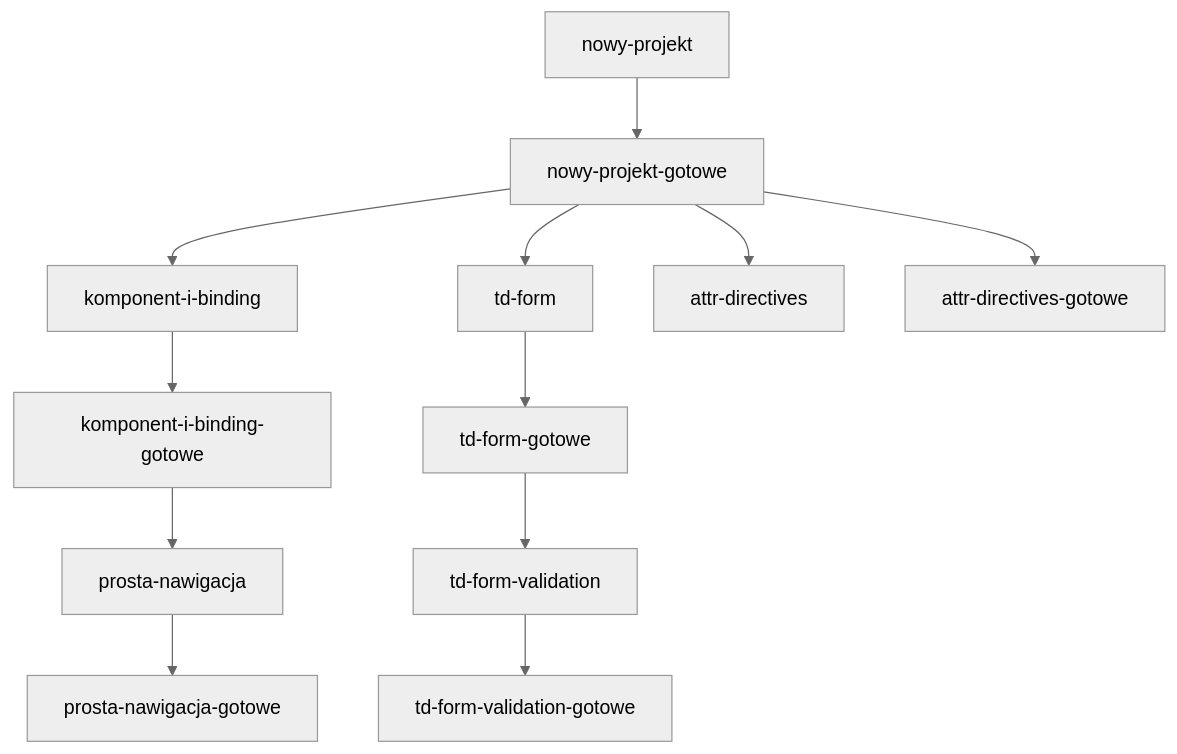
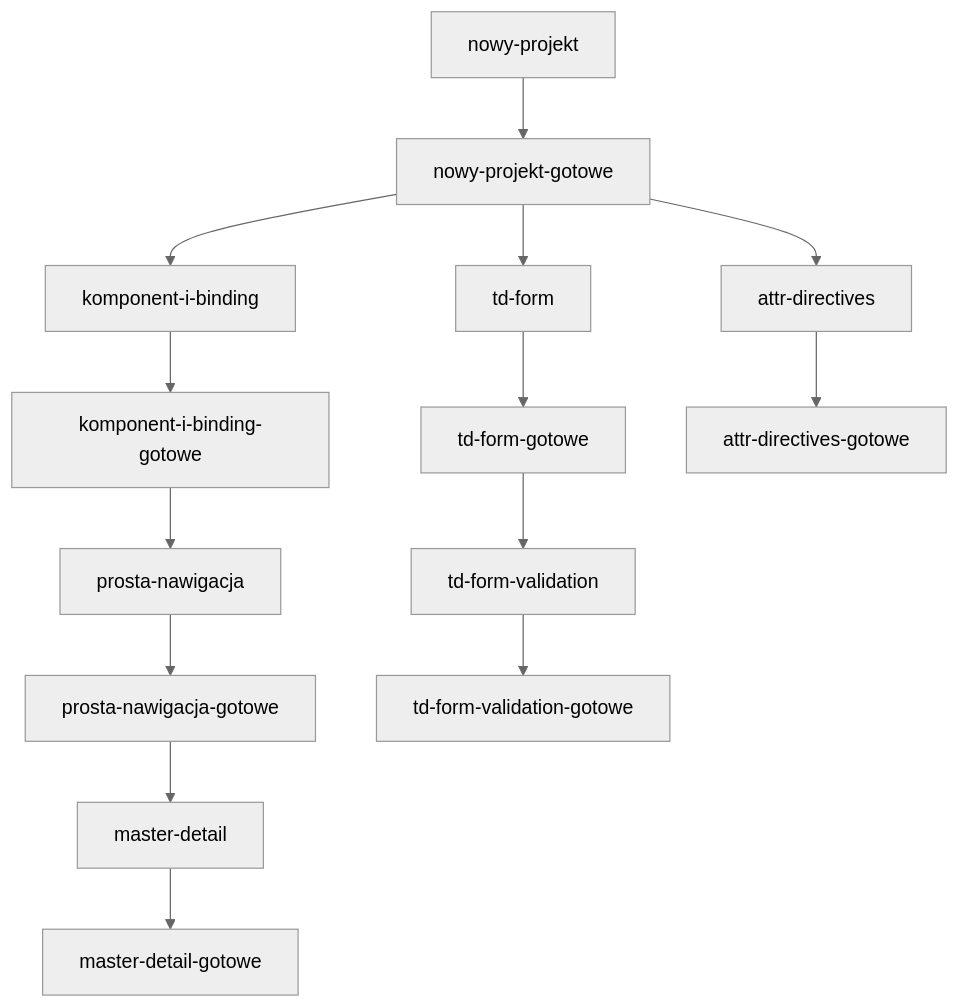
The diagram in ZADANIA.md (jkatnik/powtorki-ng), drawn with Mermaid (neutral theme) before and after one commit.

Commit message:
nowe zadanie - master-detail

````diff
--- a/ZADANIA.md
+++ b/ZADANIA.md
@@ -1,21 +1,24 @@
 ```mermaid
 graph TD;
 
 nowy-projekt --> nowy-projekt-gotowe
 
 nowy-projekt-gotowe --> komponent-i-binding
 komponent-i-binding --> komponent-i-binding-gotowe
 
 komponent-i-binding-gotowe --> prosta-nawigacja
 prosta-nawigacja --> prosta-nawigacja-gotowe
 
+prosta-nawigacja-gotowe --> master-detail
+master-detail --> master-detail-gotowe
+
 nowy-projekt-gotowe --> td-form
 td-form --> td-form-gotowe
 
 td-form-gotowe --> td-form-validation
 td-form-validation --> td-form-validation-gotowe
 
 nowy-projekt-gotowe --> attr-directives
-nowy-projekt-gotowe --> attr-directives-gotowe
+attr-directives --> attr-directives-gotowe
 
 ```
````
